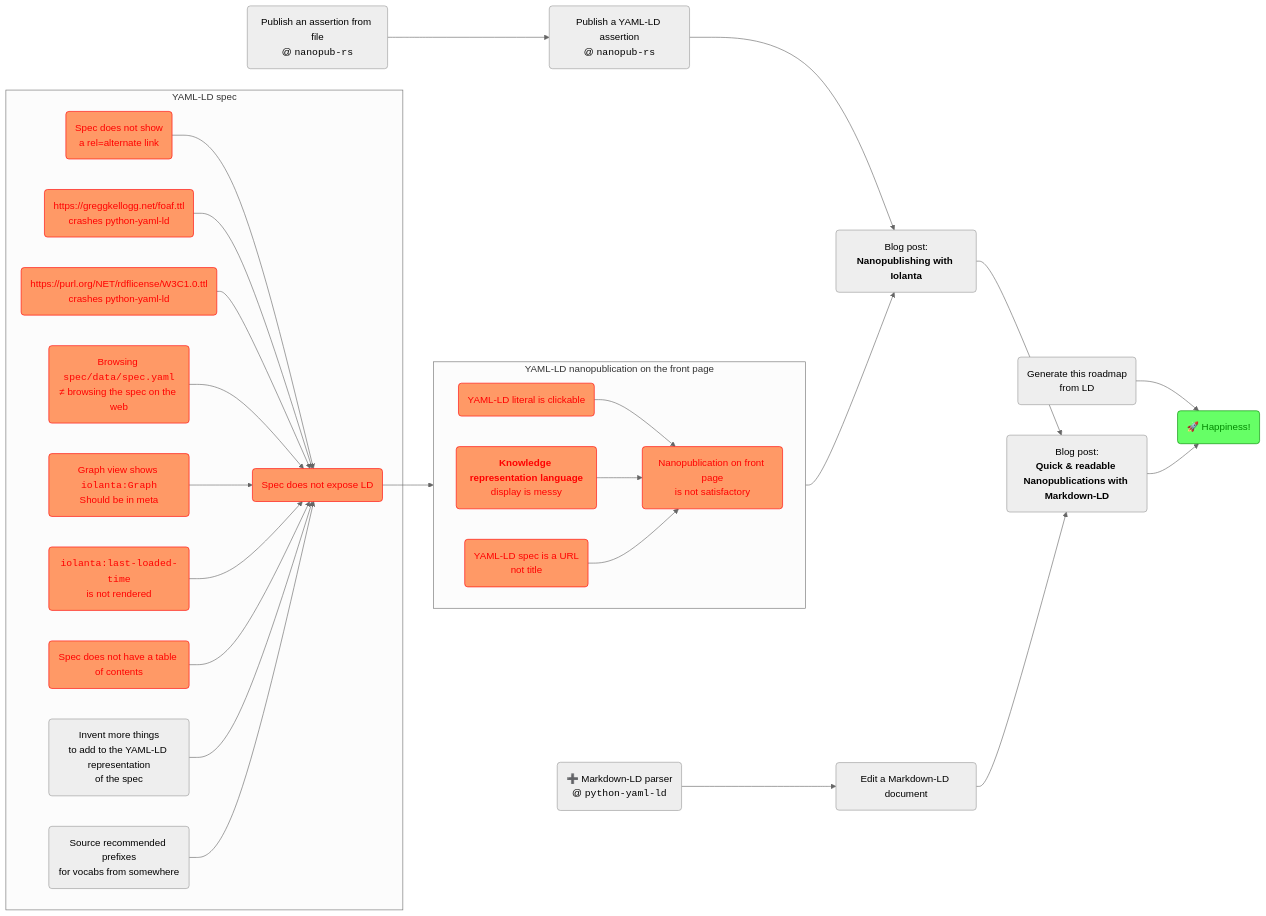
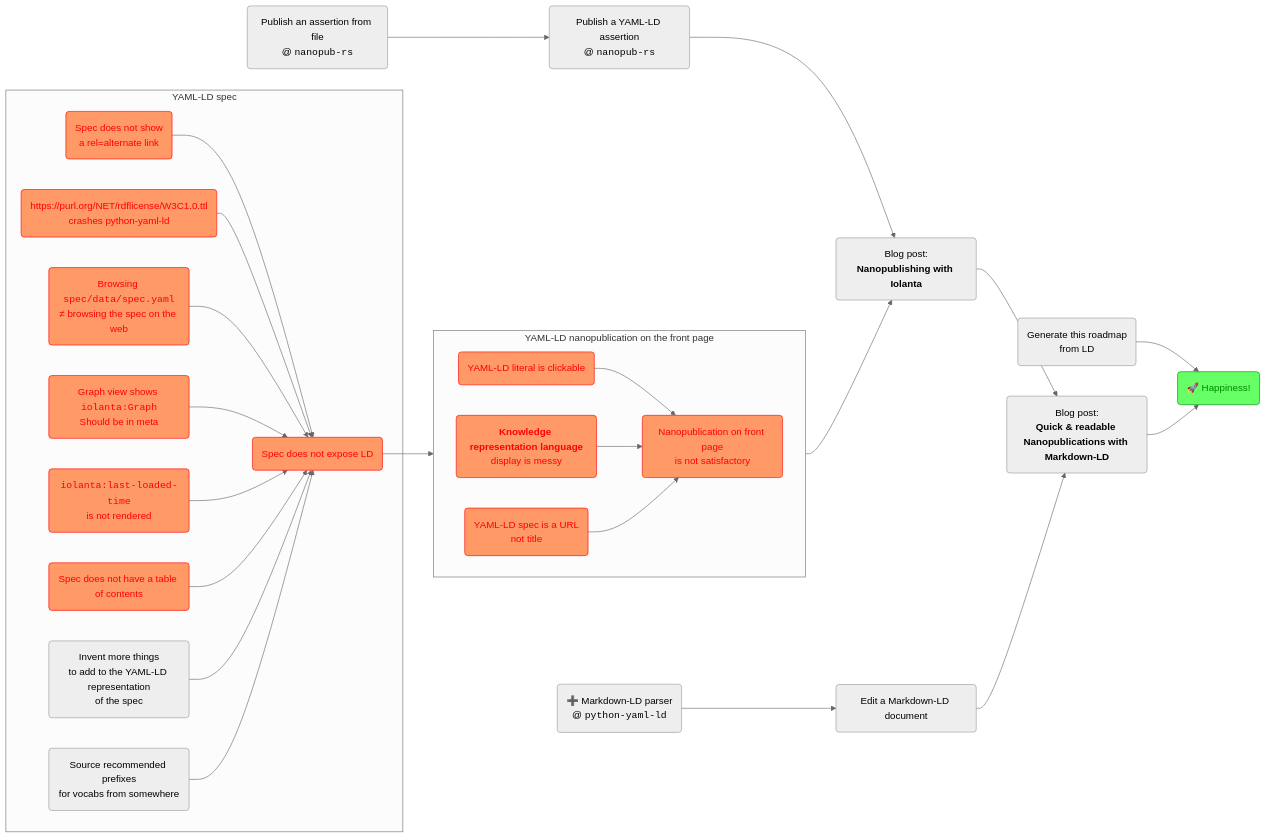
Before and after one commit to iolanta-tech/iolanta: the diagram in docs/roadmap.md, drawn with Mermaid (neutral theme).

Commit message:
#279 Update roadmap

````diff
--- a/docs/roadmap.md
+++ b/docs/roadmap.md
@@ -15,65 +15,62 @@
 ```mermaid
 graph LR
     happiness("🚀 Happiness!")
     classDef happiness fill:#6f6,color:#080,stroke:#080,stroke-width:1px;
     class happiness happiness
     
     generate-roadmap("Generate this roadmap<br/>from LD") --> happiness
     
     nanopub-blog-post("Blog post:<br/><strong>Nanopublishing with Iolanta</strong>") --> markdown-nanopub-blog-post("Blog post:<br/><strong>Quick & readable Nanopublications with Markdown-LD") --> happiness
     
     nanopub-rs-graph("Publish an assertion from file<br/>@ <code>nanopub-rs</code>") --> nanopub-yaml-ld("Publish a YAML-LD assertion<br/>@ <code>nanopub-rs</code>") --> nanopub-blog-post
     
     subgraph "YAML-LD nanopublication on the front page"
         direction LR
         nanopublication-is-not-satisfactory("Nanopublication on front page<br/>is not satisfactory")
         class nanopublication-is-not-satisfactory bug
         
         literal-clickable("YAML-LD literal is clickable") --> nanopublication-is-not-satisfactory
         click literal-clickable "https://github.com/iolanta-tech/iolanta/issues/260"
         class literal-clickable bug
         
         fip-term-messy("<strong>Knowledge representation language</strong><br/>display is messy") --> nanopublication-is-not-satisfactory
         class fip-term-messy bug
         
         spec("YAML-LD spec is a URL<br/>not title") --> nanopublication-is-not-satisfactory
         class spec bug
     end
     
     subgraph "YAML-LD spec"
         spec-not-ld("Spec does not expose LD") --> spec
         class spec-not-ld bug
 
         rel-alternate("Spec does not show<br/>a rel=alternate link") --> spec-not-ld
         class rel-alternate bug
         
-        gk("https://greggkellogg.net/foaf.ttl<br/>crashes python-yaml-ld") --> spec-not-ld
-        class gk bug
-        
         w3c-license("https://purl.org/NET/rdflicense/W3C1.0.ttl<br/>crashes python-yaml-ld") --> spec-not-ld
         class w3c-license bug
         
         mismatch("Browsing <code>spec/data/spec.yaml</code><br/>≠ browsing the spec on the web") --> spec-not-ld
         class mismatch bug
 
         gig("Graph view shows <code>iolanta:Graph</code><br/>Should be in meta") --> spec-not-ld
         class gig bug
         
         last-loaded-time("<code>iolanta:last-loaded-time</code><br/>is not rendered") --> spec-not-ld
         class last-loaded-time bug
         
         spec-toc("Spec does not have a table of contents") --> spec-not-ld
         class spec-toc bug
         
         more("Invent more things<br/>to add to the YAML-LD representation<br/>of the spec") --> spec-not-ld
         
         prefixes("Source recommended prefixes<br/>for vocabs from somewhere") --> spec-not-ld
     end
     
     nanopublication-is-not-satisfactory --> nanopub-blog-post
     
     python-yaml-ld-markdown-ld("➕ Markdown-LD parser<br/>@ <code>python-yaml-ld</code>") --> markdown-ld("Edit a Markdown-LD document") --> markdown-nanopub-blog-post
     click markdown-ld "https://github.com/iolanta-tech/iolanta/issues/261"
         
     classDef bug fill:#f96,color:#f00,stroke:#f00,stroke-width:1px;
 ```
````
